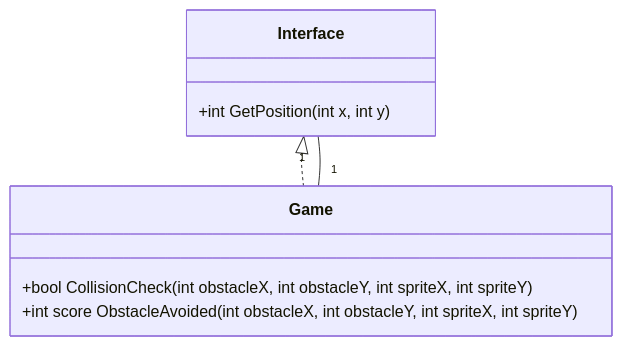
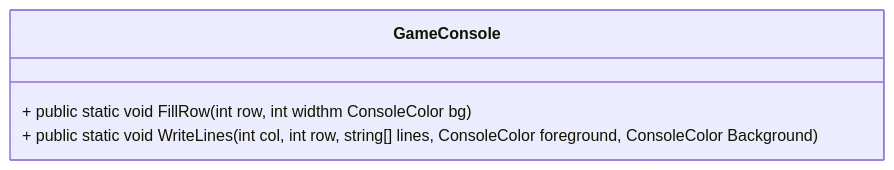
The second of 6 diagrams in dokumentasjon/diagram/klasse-diagram.md (NexusWeave/MVP-FlappyBird-cs), drawn with Mermaid before and after one commit. The commit also changed other lines of this file, not shown here.

Commit message:
Refactor klasse-diagram.md to streamline class definitions and remove unused sections

````diff
--- a/dokumentasjon/diagram/klasse-diagram.md
+++ b/dokumentasjon/diagram/klasse-diagram.md
@@ -16,16 +20,9 @@
 ```mermaid
     classDiagram
         direction TD
 
-        Interface <|.. Game
-        Game "1" -- "1" Interface
-
-        class Interface {
-            +int GetPosition(int x, int y)
-        }
-
-        class Game {
-            +bool CollisionCheck(int obstacleX, int obstacleY, int spriteX, int spriteY)
-            +int score ObstacleAvoided(int obstacleX, int obstacleY, int spriteX, int spriteY)
-        }
+    class GameConsole {
+        + public static void FillRow(int row, int widthm ConsoleColor bg)
+        + public static void WriteLines(int col, int row, string[] lines, ConsoleColor foreground, ConsoleColor Background)
+    }
 ```
````
